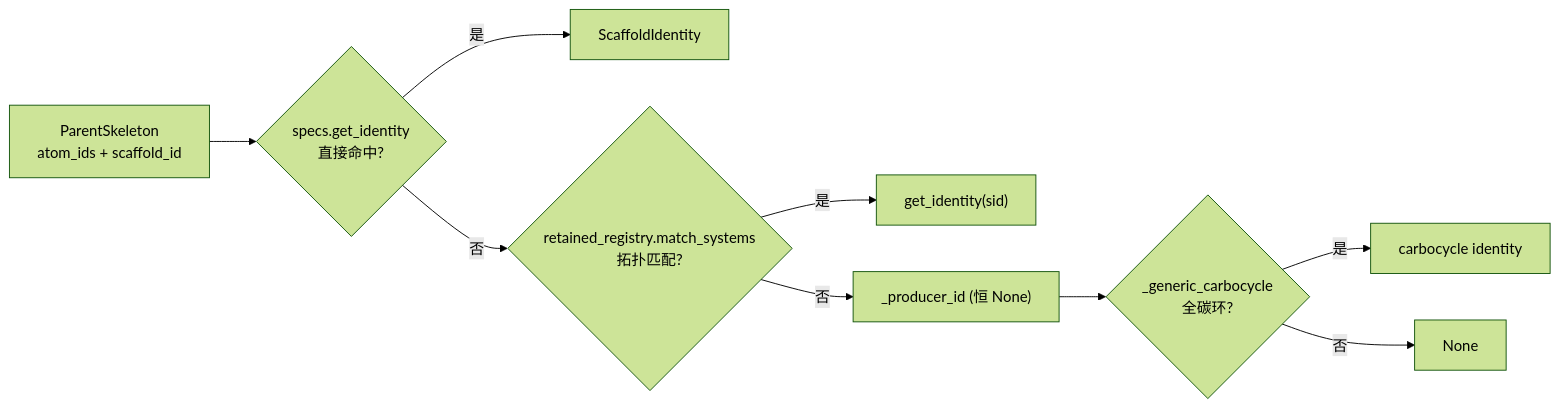
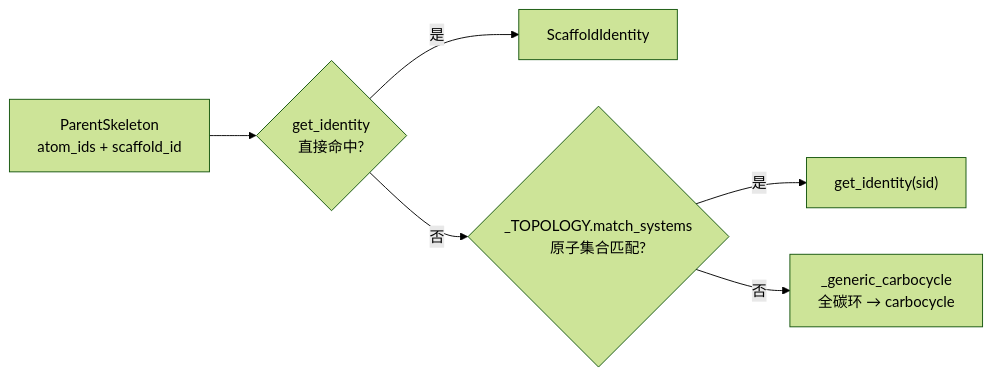
The second of 3 diagrams in docs/wiki/architecture/layer2-parent-selector.md (zouxiaofei1/OpenSMILES), drawn with Mermaid (forest theme) before and after one commit. The commit also changed other lines of this file and 20 other files, not shown here.

````diff
--- a/docs/wiki/architecture/layer2-parent-selector.md
+++ b/docs/wiki/architecture/layer2-parent-selector.md
@@ -91,11 +101,8 @@
 ```mermaid
 flowchart LR
-    A["ParentSkeleton<br/>atom_ids + scaffold_id"] --> B{"specs.get_identity<br/>直接命中?"}
+    A["ParentSkeleton<br/>atom_ids + scaffold_id"] --> B{"get_identity<br/>直接命中?"}
     B -->|是| ID1["ScaffoldIdentity"]
-    B -->|否| C{"retained_registry.match_systems<br/>拓扑匹配?"}
+    B -->|否| C{"_TOPOLOGY.match_systems<br/>原子集合匹配?"}
     C -->|是| ID2["get_identity(sid)"]
-    C -->|否| D["_producer_id (恒 None)"]
-    D --> E{"_generic_carbocycle<br/>全碳环?"}
-    E -->|是| ID3["carbocycle identity"]
-    E -->|否| N["None"]
+    C -->|否| D["_generic_carbocycle<br/>全碳环 → carbocycle"]
 ```
````
